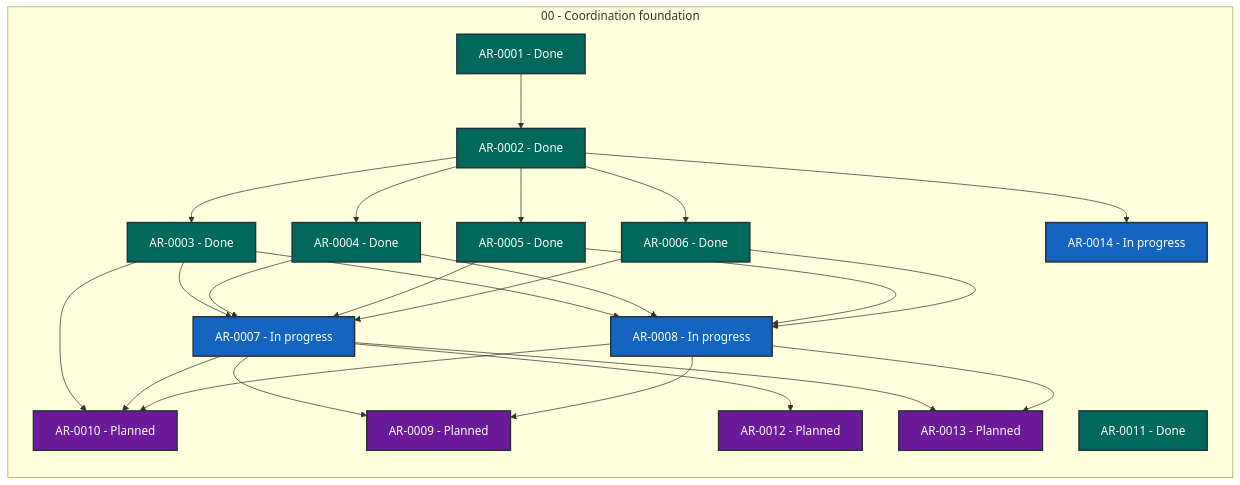
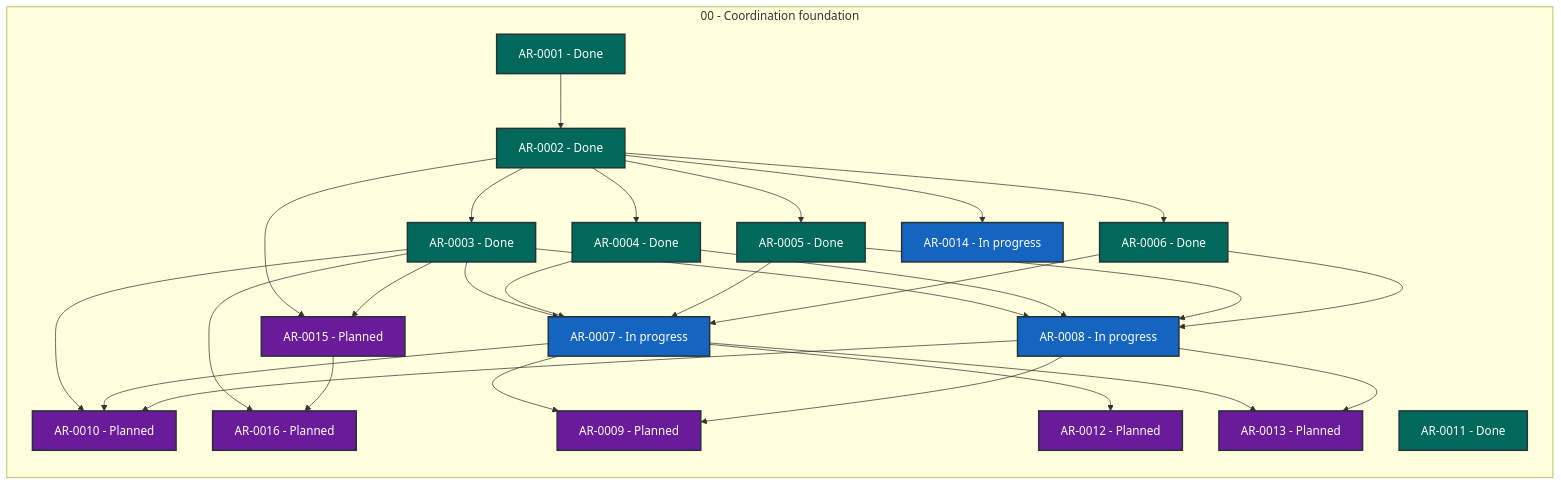
Before and after one commit to martin-beck/agent-workflow-coordinator-state: the diagram in STATUS.md, drawn with Mermaid. The commit also changed other lines of this file and 4 other files, not shown here.

````diff
--- a/STATUS.md
+++ b/STATUS.md
@@ -27,50 +27,56 @@
 ```mermaid
 flowchart LR
     subgraph series_00["00 - Coordination foundation"]
         direction TB
         AR_0001["AR-0001 - Done"]:::status_done
         AR_0002["AR-0002 - Done"]:::status_done
         AR_0003["AR-0003 - Done"]:::status_done
         AR_0004["AR-0004 - Done"]:::status_done
         AR_0005["AR-0005 - Done"]:::status_done
         AR_0006["AR-0006 - Done"]:::status_done
         AR_0007["AR-0007 - In progress"]:::status_in_progress
         AR_0008["AR-0008 - In progress"]:::status_in_progress
         AR_0009["AR-0009 - Planned"]:::status_planned
         AR_0010["AR-0010 - Planned"]:::status_planned
         AR_0011["AR-0011 - Done"]:::status_done
         AR_0012["AR-0012 - Planned"]:::status_planned
         AR_0013["AR-0013 - Planned"]:::status_planned
         AR_0014["AR-0014 - In progress"]:::status_in_progress
+        AR_0015["AR-0015 - Planned"]:::status_planned
+        AR_0016["AR-0016 - Planned"]:::status_planned
     end
     AR_0001 --> AR_0002
     AR_0002 --> AR_0003
     AR_0002 --> AR_0004
     AR_0002 --> AR_0005
     AR_0002 --> AR_0006
     AR_0002 --> AR_0014
+    AR_0002 --> AR_0015
     AR_0003 --> AR_0007
     AR_0003 --> AR_0008
     AR_0003 --> AR_0010
+    AR_0003 --> AR_0015
+    AR_0003 --> AR_0016
     AR_0004 --> AR_0007
     AR_0004 --> AR_0008
     AR_0005 --> AR_0007
     AR_0005 --> AR_0008
     AR_0006 --> AR_0007
     AR_0006 --> AR_0008
     AR_0007 --> AR_0009
     AR_0007 --> AR_0010
     AR_0007 --> AR_0012
     AR_0007 --> AR_0013
     AR_0008 --> AR_0009
     AR_0008 --> AR_0010
     AR_0008 --> AR_0013
+    AR_0015 --> AR_0016
     classDef status_in_progress fill:#1565c0,color:#ffffff,stroke:#263238,stroke-width:2px
     classDef status_open fill:#2e7d32,color:#ffffff,stroke:#263238,stroke-width:2px
     classDef status_blocked fill:#c62828,color:#ffffff,stroke:#263238,stroke-width:2px
     classDef status_planned fill:#6a1b9a,color:#ffffff,stroke:#263238,stroke-width:2px
     classDef status_future fill:#455a64,color:#ffffff,stroke:#263238,stroke-width:2px
     classDef status_done fill:#00695c,color:#ffffff,stroke:#263238,stroke-width:2px
     classDef status_cancelled fill:#616161,color:#ffffff,stroke:#263238,stroke-width:2px
     classDef status_superseded fill:#5d4037,color:#ffffff,stroke:#263238,stroke-width:2px
 ```
````
